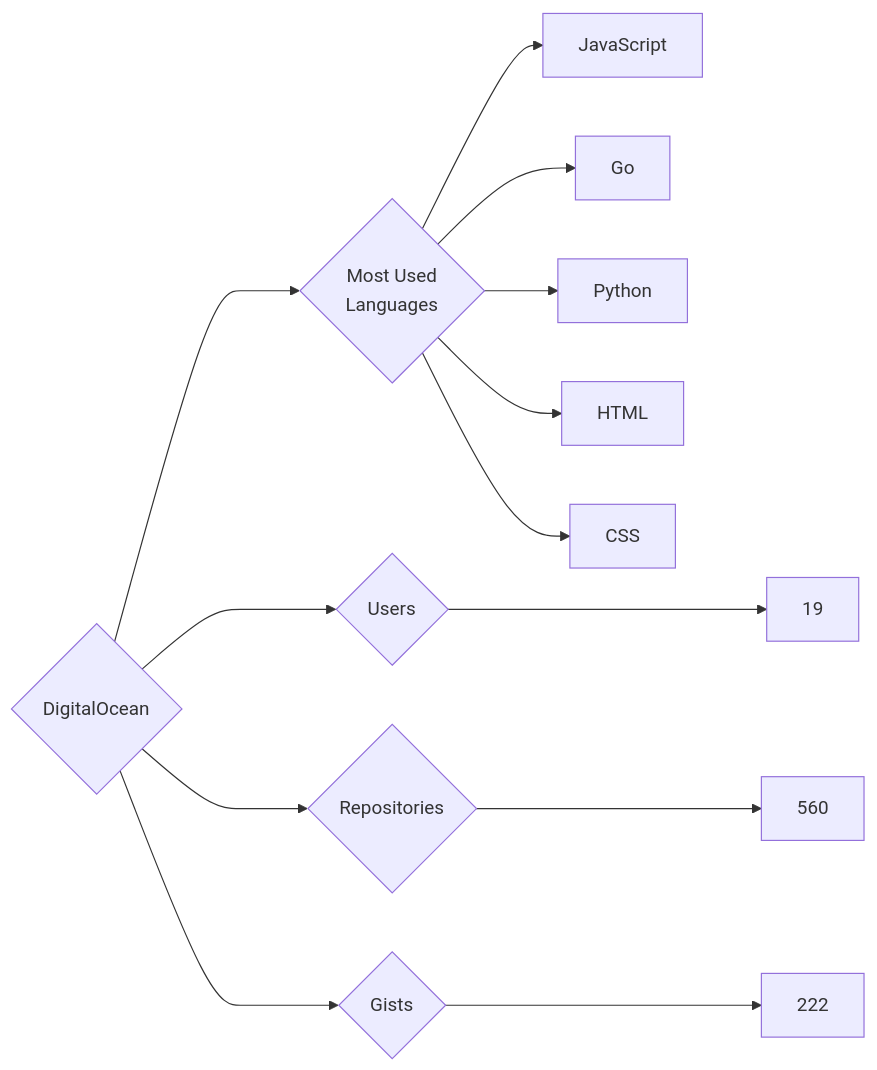
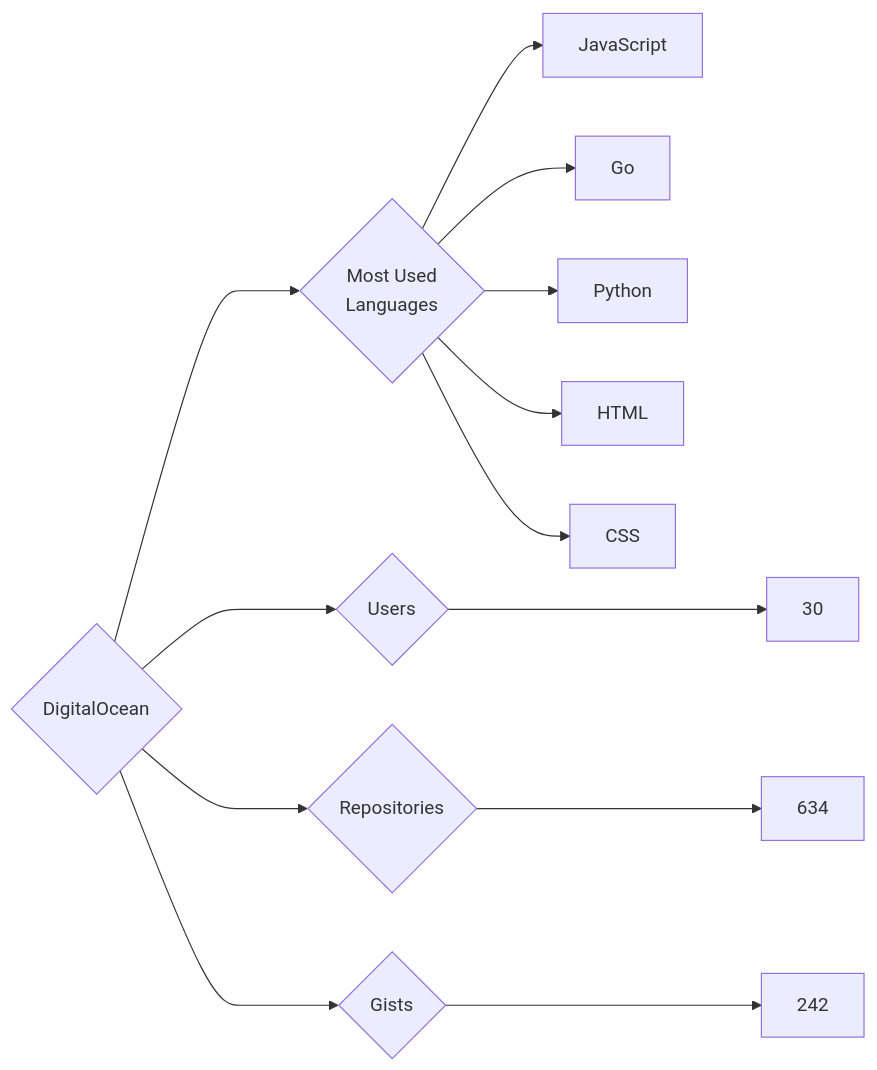
One commit to trickest/insiders changed the diagram in targets/DigitalOcean/README.md. Above: the diagram before and after it, drawn with Mermaid. The commit also changed 757 other files, not shown here.

````diff
--- a/targets/DigitalOcean/README.md
+++ b/targets/DigitalOcean/README.md
@@ -3,13 +3,13 @@
 ```mermaid
 graph LR
 COMPANY_NAME{DigitalOcean}
-COMPANY_NAME ---> U{Users} ---> UN[19]
-COMPANY_NAME ---> R{Repositories} ---> RN[560]
-COMPANY_NAME ---> G{Gists} ---> GN[222]
+COMPANY_NAME ---> U{Users} ---> UN[30]
+COMPANY_NAME ---> R{Repositories} ---> RN[634]
+COMPANY_NAME ---> G{Gists} ---> GN[242]
 COMPANY_NAME ---> ML{Most Used<br>Languages}
 ML --> JavaScript[JavaScript]
 ML --> Go[Go]
 ML --> Python[Python]
 ML --> HTML[HTML]
 ML --> CSS[CSS]
 ```
````
